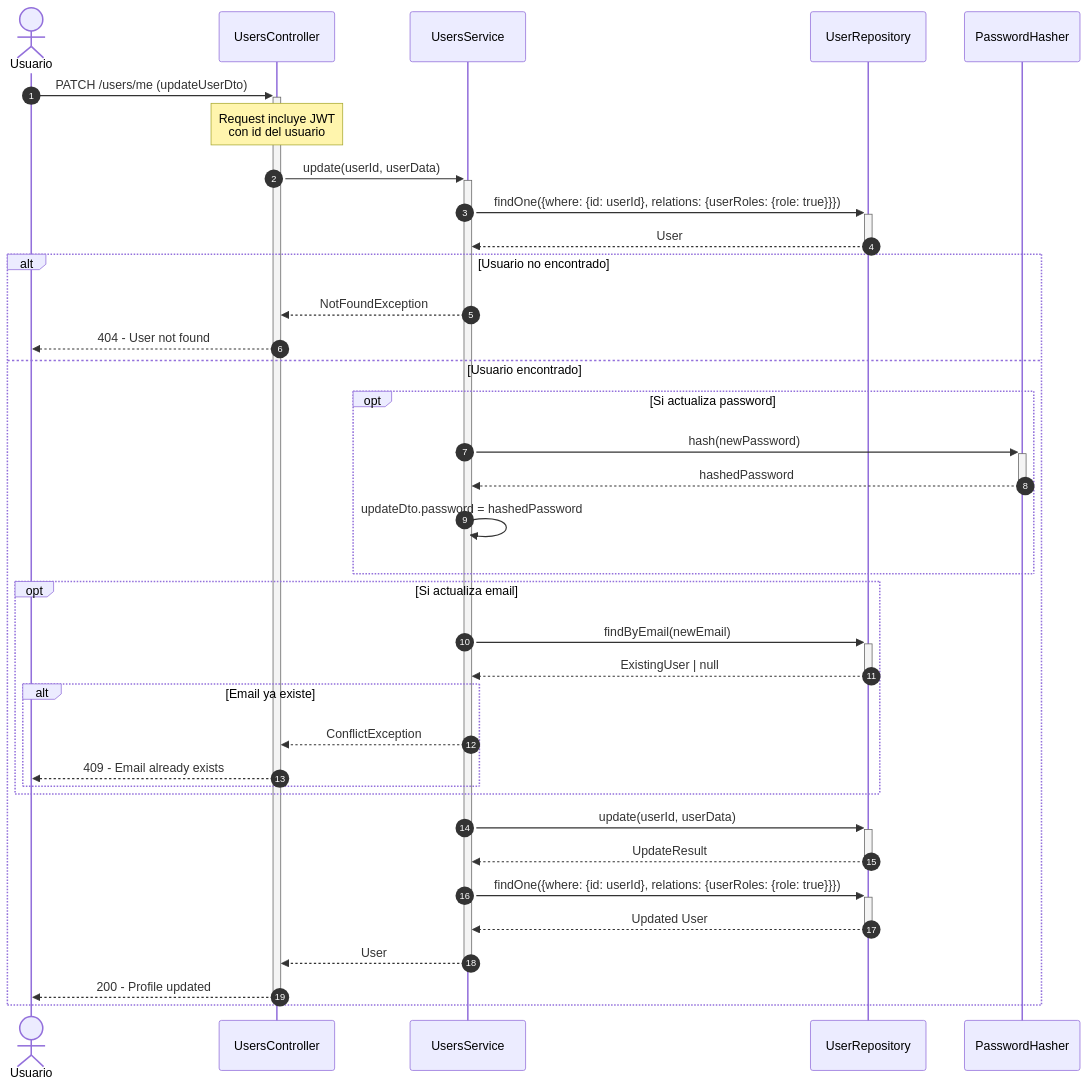
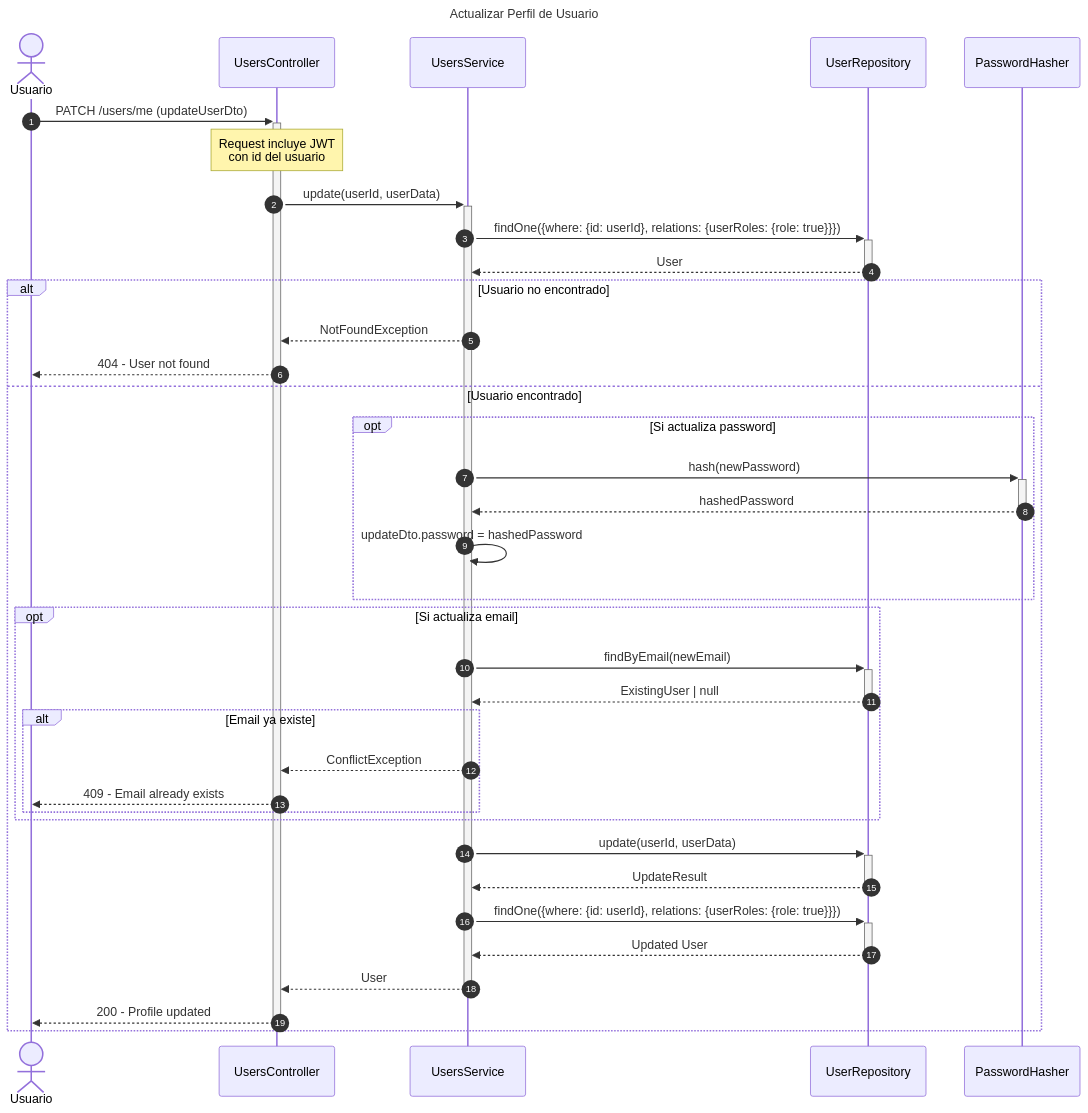
One commit to Nick220505/hotelier-backend changed the third of 7 diagrams in diagrams/sequence/users-sequence-diagram.md. Above: the diagram before and after it, drawn with Mermaid. The commit also changed other lines of this file and 5 other files, not shown here.

Commit message:
Add titles to sequence diagrams for Billing, Employees, Inventory, Reservations, Restaurant, and Users modules

````diff
--- a/diagrams/sequence/users-sequence-diagram.md
+++ b/diagrams/sequence/users-sequence-diagram.md
@@ -101,46 +107,49 @@
 ```mermaid
+---
+title: Actualizar Perfil de Usuario
+---
 sequenceDiagram
     autonumber
     actor Usuario
     participant Controller as UsersController
     participant Service as UsersService
     participant UserRepo as UserRepository
     participant Hash as PasswordHasher
 
     Usuario->>+Controller: PATCH /users/me (updateUserDto)
     Note over Controller: Request incluye JWT<br/>con id del usuario
     Controller->>+Service: update(userId, userData)
     
     Service->>+UserRepo: findOne({where: {id: userId}, relations: {userRoles: {role: true}}})
     UserRepo-->>-Service: User
     
     alt Usuario no encontrado
         Service-->>Controller: NotFoundException
         Controller-->>Usuario: 404 - User not found
     else Usuario encontrado
         opt Si actualiza password
             Service->>+Hash: hash(newPassword)
             Hash-->>-Service: hashedPassword
             Service->>Service: updateDto.password = hashedPassword
         end
         
         opt Si actualiza email
             Service->>+UserRepo: findByEmail(newEmail)
             UserRepo-->>-Service: ExistingUser | null
             
             alt Email ya existe
                 Service-->>Controller: ConflictException
                 Controller-->>Usuario: 409 - Email already exists
             end
         end
         
         Service->>+UserRepo: update(userId, userData)
         UserRepo-->>-Service: UpdateResult
         
         Service->>+UserRepo: findOne({where: {id: userId}, relations: {userRoles: {role: true}}})
         UserRepo-->>-Service: Updated User
         
         Service-->>-Controller: User
         Controller-->>-Usuario: 200 - Profile updated
     end
 ```
````
